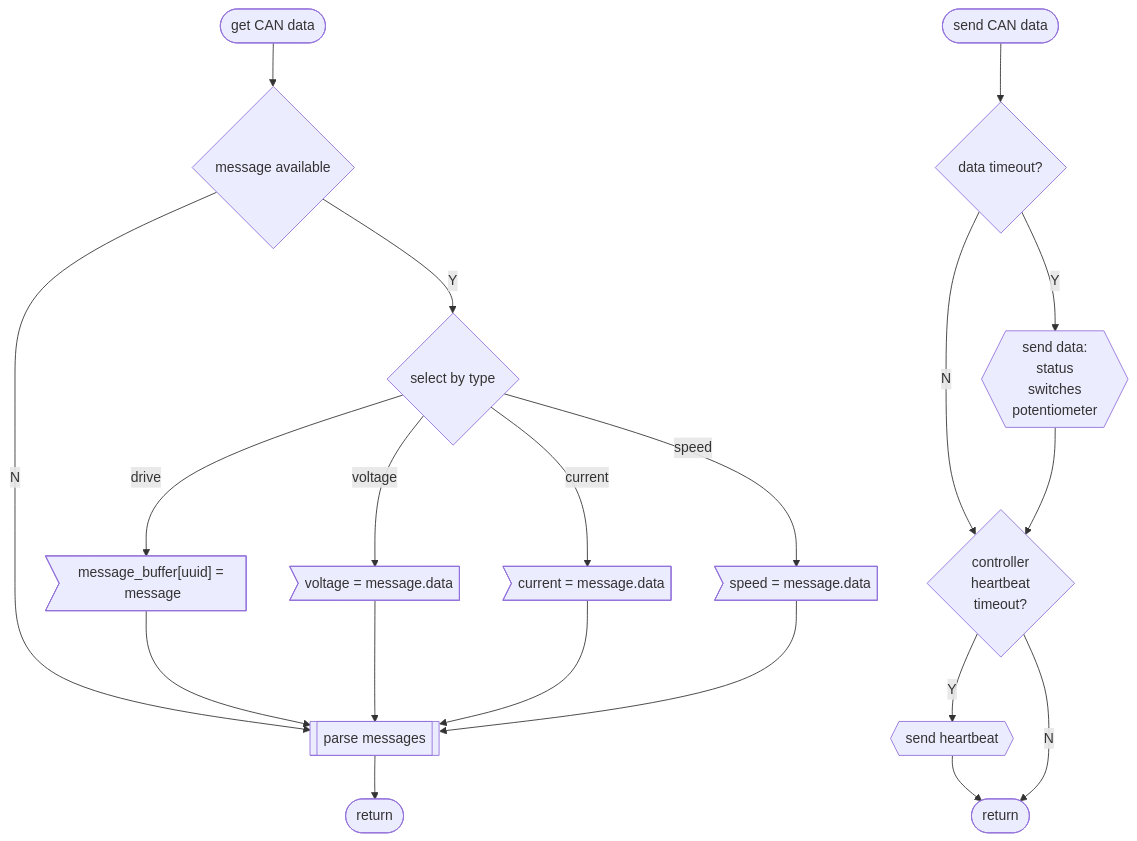
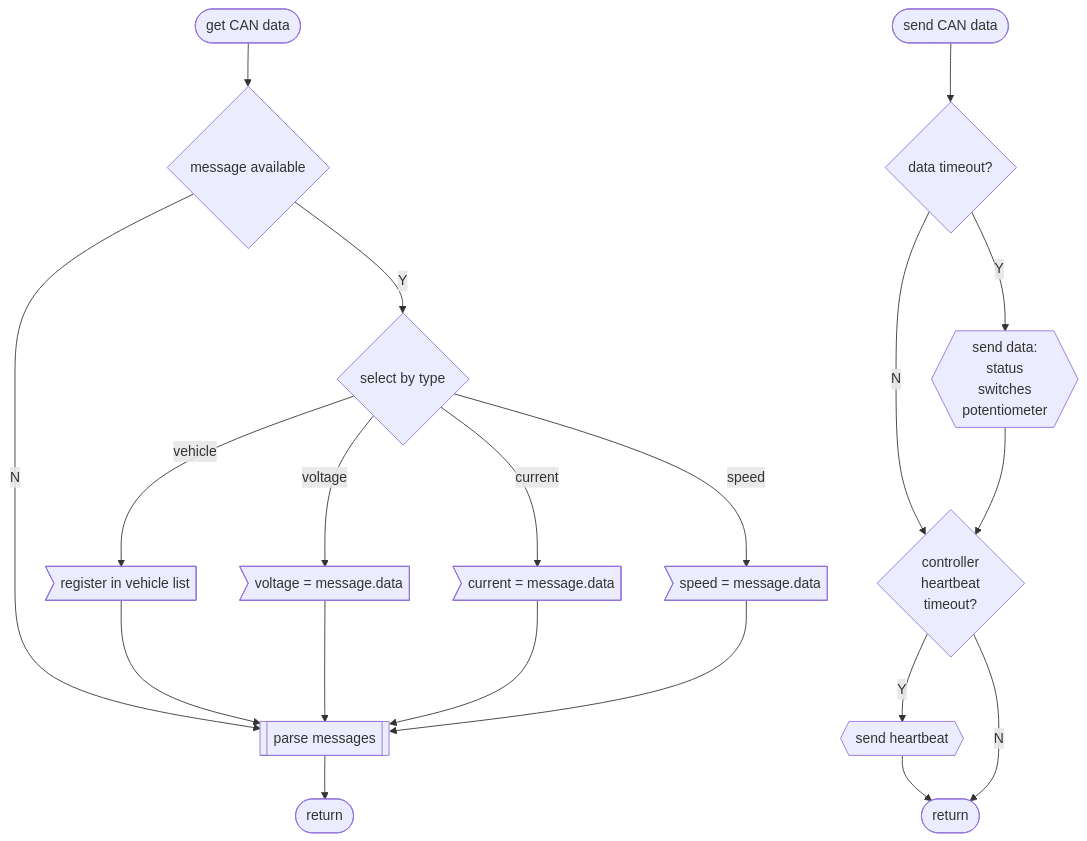
Before and after one commit to loco-can/loco-can-software: the fourth of 7 diagrams in Loco_can_controller/FLOATCHART.md, drawn with Mermaid. The commit also changed other lines of this file and 6 other files, not shown here.

````diff
--- a/Loco_can_controller/FLOATCHART.md
+++ b/Loco_can_controller/FLOATCHART.md
@@ -136,49 +136,49 @@
 ```mermaid
 graph TD;
     %% CAN communication
 
     %% get CAN message
     %% node definitions
     GET_CAN([get CAN data]);
     MESSAGE_AVAILABLE{message available};
     SWITCH_MESSAGE{select by type};
-    GET_MOTOR>"message_buffer[uuid] = message"];
+    GET_MOTOR>"register in vehicle list"];
     GET_VOLTAGE>"voltage = message.data"];
     GET_CURRENT>"current = message.data"];
     GET_SPEED>"speed = message.data"];
     PARSE_MESSAGES[[parse messages]];
     END_CAN([return]);
 
     %% flow
     GET_CAN --> MESSAGE_AVAILABLE;
     MESSAGE_AVAILABLE --> |N| PARSE_MESSAGES;
     MESSAGE_AVAILABLE --> |Y| SWITCH_MESSAGE;
-    SWITCH_MESSAGE --> |drive| GET_MOTOR;
+    SWITCH_MESSAGE --> |vehicle| GET_MOTOR;
     SWITCH_MESSAGE --> |voltage| GET_VOLTAGE;
     SWITCH_MESSAGE --> |current| GET_CURRENT;
     SWITCH_MESSAGE --> |speed| GET_SPEED;
     GET_MOTOR --> PARSE_MESSAGES;
     GET_VOLTAGE --> PARSE_MESSAGES;
     GET_CURRENT --> PARSE_MESSAGES;
     GET_SPEED --> PARSE_MESSAGES;
     PARSE_MESSAGES --> END_CAN;
 
     %% flow
 
     %% send CAN message
     %% node definitions
     SENDDATA([send CAN data]);
     DATA_TIMEOUT{data timeout?};
     DATA{{"send data:\nstatus\nswitches\npotentiometer"}};
     HB_TIMEOUT{"controller\nheartbeat\ntimeout?"};
     SEND_HB{{send heartbeat}};
     ENDSENDDATA([return]);
 
     %% flow
     SENDDATA --> DATA_TIMEOUT;
     DATA_TIMEOUT --> |N| HB_TIMEOUT;
     DATA_TIMEOUT --> |Y| DATA;
     DATA --> HB_TIMEOUT;
     HB_TIMEOUT --> |Y| SEND_HB --> ENDSENDDATA;
     HB_TIMEOUT -->|N| ENDSENDDATA;
 ```
````
